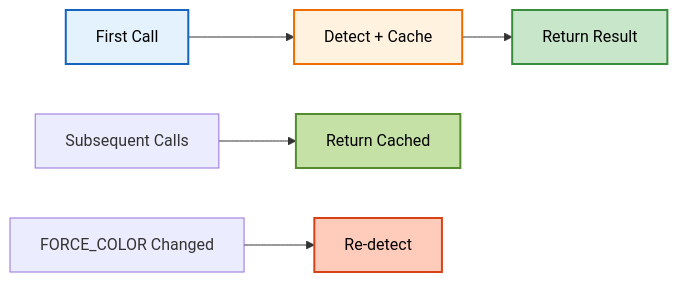
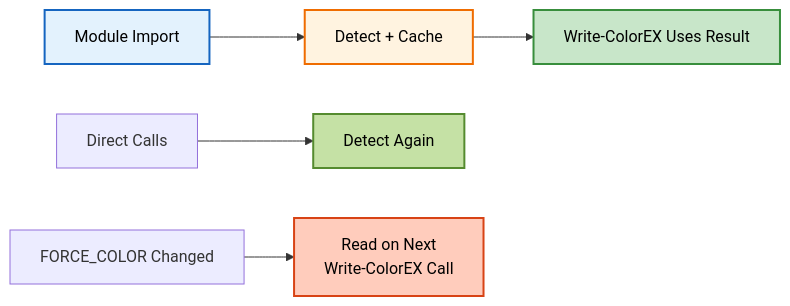
One commit to MarkusMcNugen/PSWriteColorEX changed the sixth of 6 diagrams in Docs/Public/Test-AnsiSupport.md. Above: the diagram before and after it, drawn with Mermaid. The commit also changed other lines of this file and 10 other files, not shown here.

````diff
--- a/Docs/Public/Test-AnsiSupport.md
+++ b/Docs/Public/Test-AnsiSupport.md
@@ -579,13 +593,13 @@
 ```mermaid
 graph LR
-    A[First Call] --> B[Detect + Cache]
-    B --> C[Return Result]
-    D[Subsequent Calls] --> E[Return Cached]
-    F[FORCE_COLOR Changed] --> G[Re-detect]
+    A[Module Import] --> B[Detect + Cache]
+    B --> C[Write-ColorEX Uses Result]
+    D[Direct Calls] --> E[Detect Again]
+    F[FORCE_COLOR Changed] --> G[Read on Next<br/>Write-ColorEX Call]
 
     style A fill:#e3f2fd,stroke:#1565c0,stroke-width:2px,color:#000
     style B fill:#fff3e0,stroke:#ef6c00,stroke-width:2px,color:#000
     style C fill:#c8e6c9,stroke:#388e3c,stroke-width:2px,color:#000
     style E fill:#c5e1a5,stroke:#558b2f,stroke-width:2px,color:#000
     style G fill:#ffccbc,stroke:#d84315,stroke-width:2px,color:#000
 ```
````
